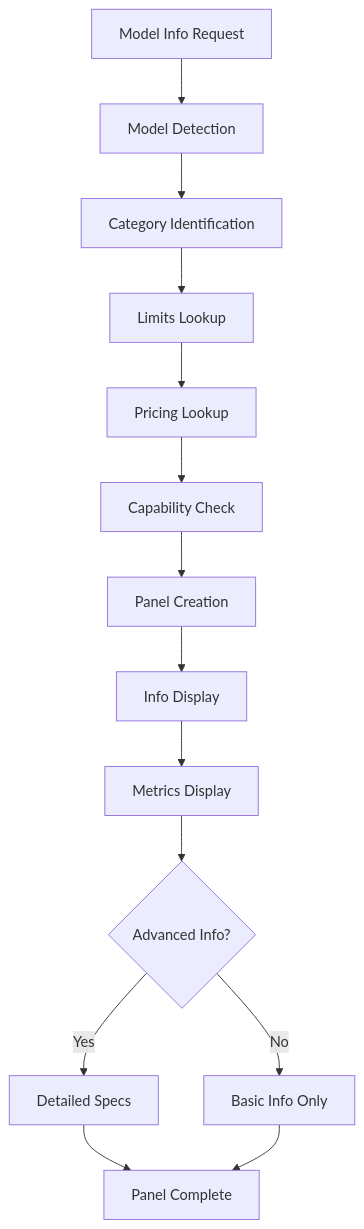
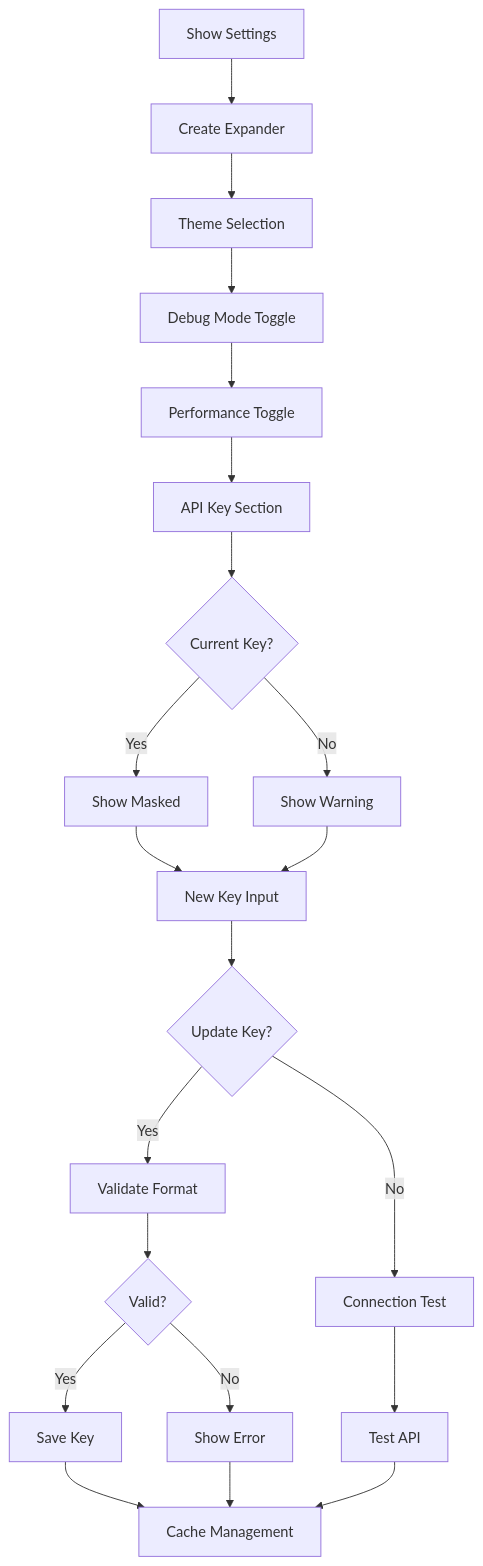
Before and after one commit to nakashima2toshio/anthropic_api_jp: the ninth of 10 diagrams in doc/helper_st.md, drawn with Mermaid. The commit also changed other lines of this file and 12 other files, not shown here.

````diff
--- a/doc/helper_st.md
+++ b/doc/helper_st.md
@@ -396,16 +382,23 @@
 ```mermaid
 graph TD
-    A["Model Info Request"] --> B["Model Detection"]
-    B --> C["Category Identification"]
-    C --> D["Limits Lookup"]
-    D --> E["Pricing Lookup"]
-    E --> F["Capability Check"]
-    F --> G["Panel Creation"]
-    G --> H["Info Display"]
-    H --> I["Metrics Display"]
-    I --> J{"Advanced Info?"}
-    J -->|Yes| K["Detailed Specs"]
-    J -->|No| L["Basic Info Only"]
-    K --> M["Panel Complete"]
-    L --> M
+    A["Show Settings"] --> B["Create Expander"]
+    B --> C["Theme Selection"]
+    C --> D["Debug Mode Toggle"]
+    D --> E["Performance Toggle"]
+    E --> F["API Key Section"]
+    F --> G{Current Key?}
+    G -->|Yes| H["Show Masked"]
+    G -->|No| I["Show Warning"]
+    H --> J["New Key Input"]
+    I --> J
+    J --> K{Update Key?}
+    K -->|Yes| L["Validate Format"]
+    K -->|No| M["Connection Test"]
+    L --> N{Valid?}
+    N -->|Yes| O["Save Key"]
+    N -->|No| P["Show Error"]
+    M --> Q["Test API"]
+    O --> R["Cache Management"]
+    P --> R
+    Q --> R
 ```
````
